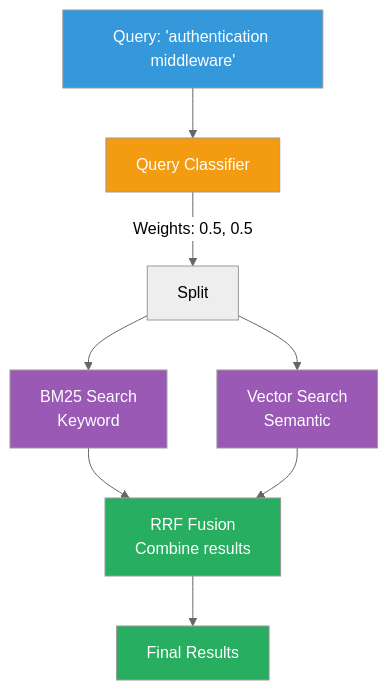
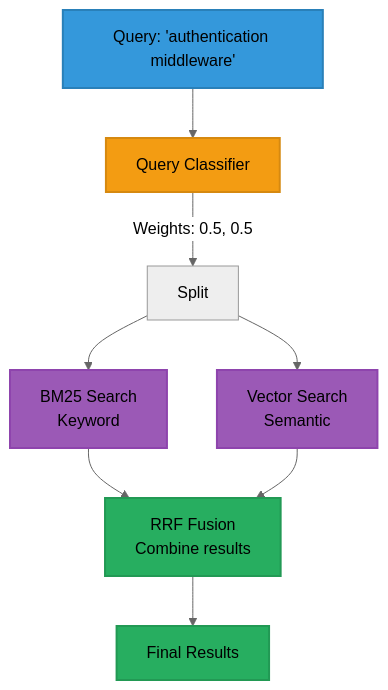
The eighth of 9 diagrams in docs/concepts/hybrid-search.md (sampi02/amanmcp), drawn with Mermaid (neutral theme) before and after one commit. The commit also changed other lines of this file and 59 other files, not shown here.

````diff
--- a/docs/concepts/hybrid-search.md
+++ b/docs/concepts/hybrid-search.md
@@ -356,22 +575,22 @@
 ```mermaid
 flowchart TB
     Query["Query: 'authentication middleware'"]
 
     Query --> Classifier["Query Classifier"]
-    Classifier -->|"Weights: 0.5, 0.5"| Split
+    Classifier -->|Weights: 0.5, 0.5| Split
 
     Split --> BM25["BM25 Search<br/>Keyword"]
     Split --> Vector["Vector Search<br/>Semantic"]
 
     BM25 --> RRF["RRF Fusion<br/>Combine results"]
     Vector --> RRF
 
     RRF --> Final["Final Results"]
 
-    style Query fill:#3498db,color:#fff
-    style Classifier fill:#f39c12,color:#fff
-    style BM25 fill:#9b59b6,color:#fff
-    style Vector fill:#9b59b6,color:#fff
-    style RRF fill:#27ae60,color:#fff
-    style Final fill:#27ae60,color:#fff
+    style Query fill:#3498db,stroke:#2980b9,stroke-width:2px
+    style Classifier fill:#f39c12,stroke:#d68910,stroke-width:2px
+    style BM25 fill:#9b59b6,stroke:#8e44ad,stroke-width:2px
+    style Vector fill:#9b59b6,stroke:#8e44ad,stroke-width:2px
+    style RRF fill:#27ae60,stroke:#229954,stroke-width:2px
+    style Final fill:#27ae60,stroke:#229954,stroke-width:2px
 ```
````
